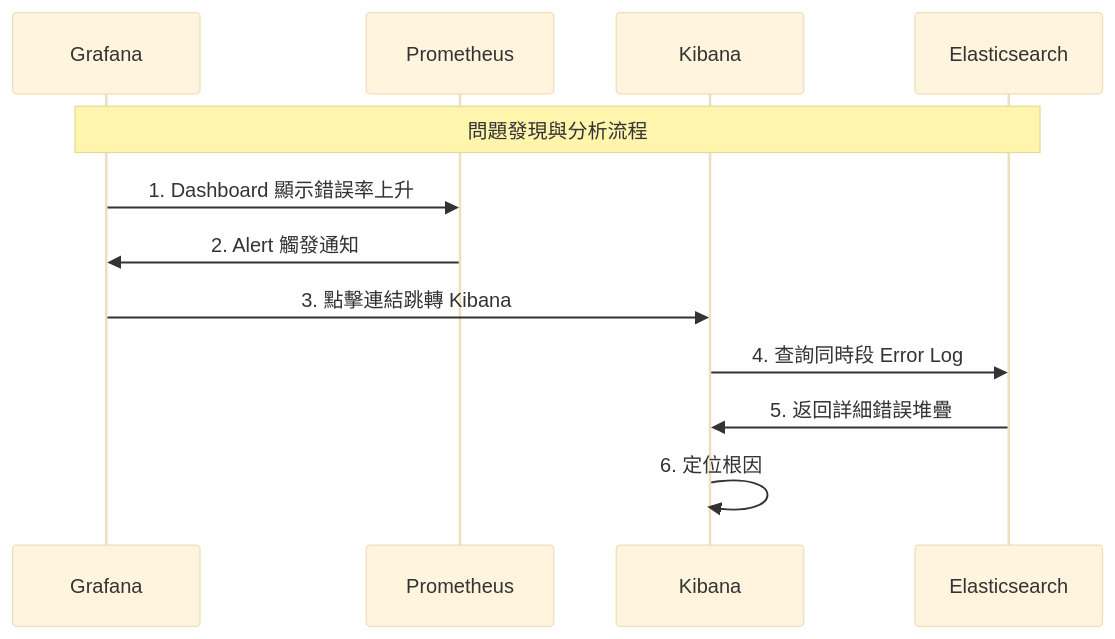
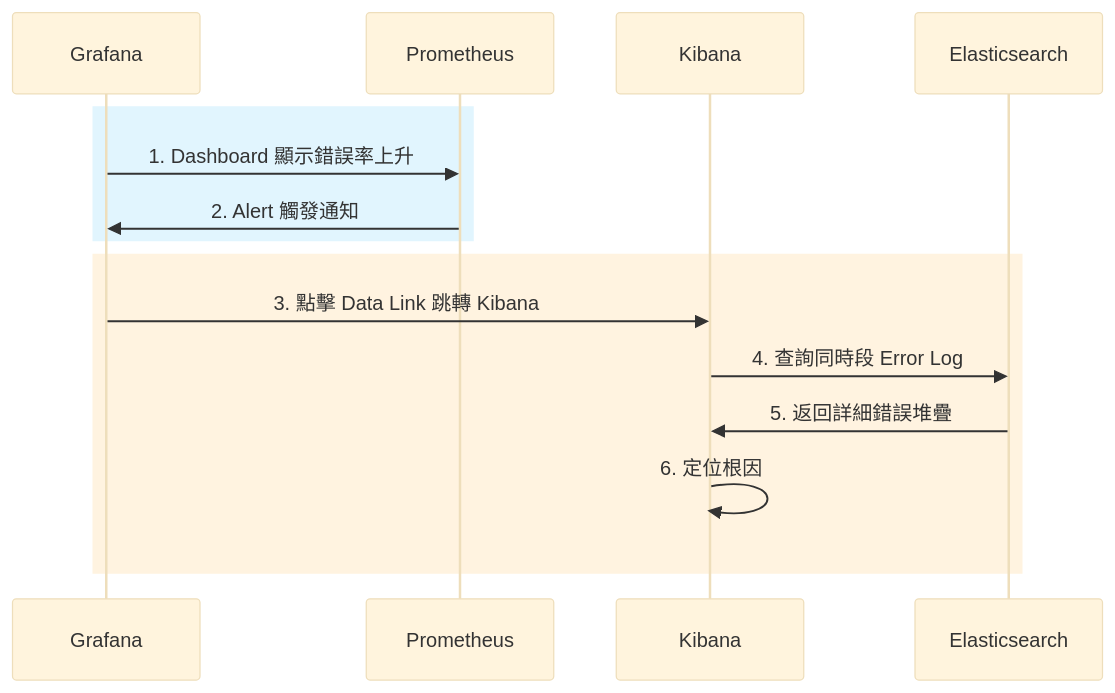
The second of 28 diagrams in content/posts/教學/工具/ELK-Stack教學手冊.md (chihhung/Blog), drawn with Mermaid (base theme) before and after one commit. The commit also changed other lines of this file and 8 other files, not shown here.

````diff
--- a/content/posts/教學/工具/ELK-Stack教學手冊.md
+++ b/content/posts/教學/工具/ELK-Stack教學手冊.md
@@ -152,15 +421,18 @@
 ```mermaid
 sequenceDiagram
     participant G as Grafana
     participant P as Prometheus
     participant K as Kibana
     participant E as Elasticsearch
-    
-    Note over G,E: 問題發現與分析流程
-    G->>P: 1. Dashboard 顯示錯誤率上升
-    P->>G: 2. Alert 觸發通知
-    G->>K: 3. 點擊連結跳轉 Kibana
-    K->>E: 4. 查詢同時段 Error Log
-    E->>K: 5. 返回詳細錯誤堆疊
-    K->>K: 6. 定位根因
+
+    rect rgb(225, 245, 254)
+        G->>P: 1. Dashboard 顯示錯誤率上升
+        P->>G: 2. Alert 觸發通知
+    end
+    rect rgb(255, 243, 224)
+        G->>K: 3. 點擊 Data Link 跳轉 Kibana
+        K->>E: 4. 查詢同時段 Error Log
+        E->>K: 5. 返回詳細錯誤堆疊
+        K->>K: 6. 定位根因
+    end
 ```
````
